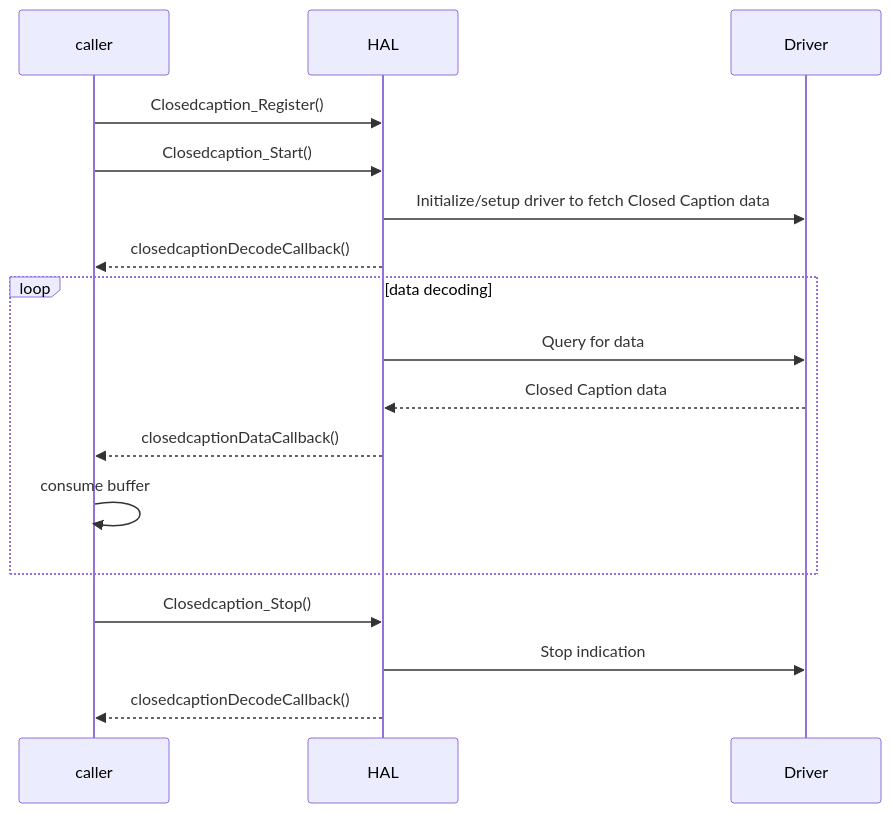
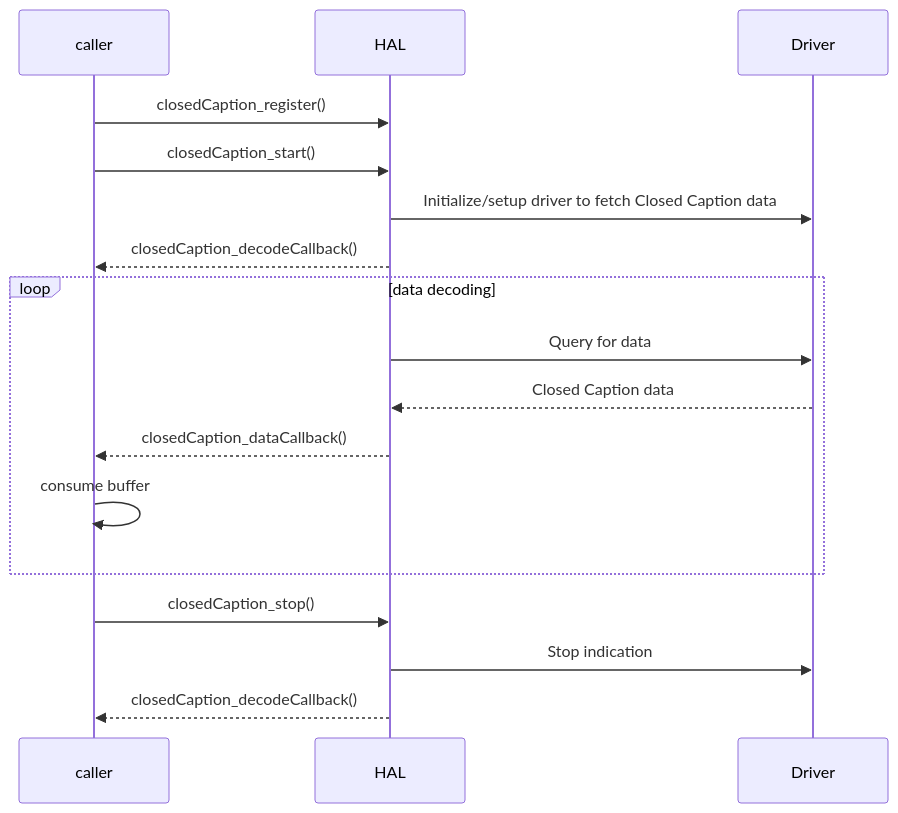
Before and after one commit to rdkcentral/rdk-halif-closed_captions: the second of 2 diagrams in docs/pages/closed-captions_halSpec.md, drawn with Mermaid. The commit also changed other lines of this file and 1 other file, not shown here.

````diff
--- a/docs/pages/closed-captions_halSpec.md
+++ b/docs/pages/closed-captions_halSpec.md
@@ -170,19 +170,19 @@
 ```mermaid
    sequenceDiagram
     participant caller
     participant HAL
     participant Driver
-    caller->>HAL: Closedcaption_Register()
-    caller->>HAL:Closedcaption_Start()
+    caller->>HAL: closedCaption_register()
+    caller->>HAL:closedCaption_start()
     HAL->>Driver:Initialize/setup driver to fetch Closed Caption data
-    HAL-->> caller : closedcaptionDecodeCallback()
+    HAL-->> caller : closedCaption_decodeCallback()
     loop data decoding
         HAL->>Driver : Query for data
         Driver-->>HAL : Closed Caption data
-        HAL-->>caller: closedcaptionDataCallback()
+        HAL-->>caller: closedCaption_dataCallback()
         caller->>caller:consume buffer
     end
-    caller->>HAL: Closedcaption_Stop()
+    caller->>HAL: closedCaption_stop()
     HAL->>Driver: Stop indication
-    HAL-->>caller: closedcaptionDecodeCallback()
+    HAL-->>caller: closedCaption_decodeCallback()
  ```
````
